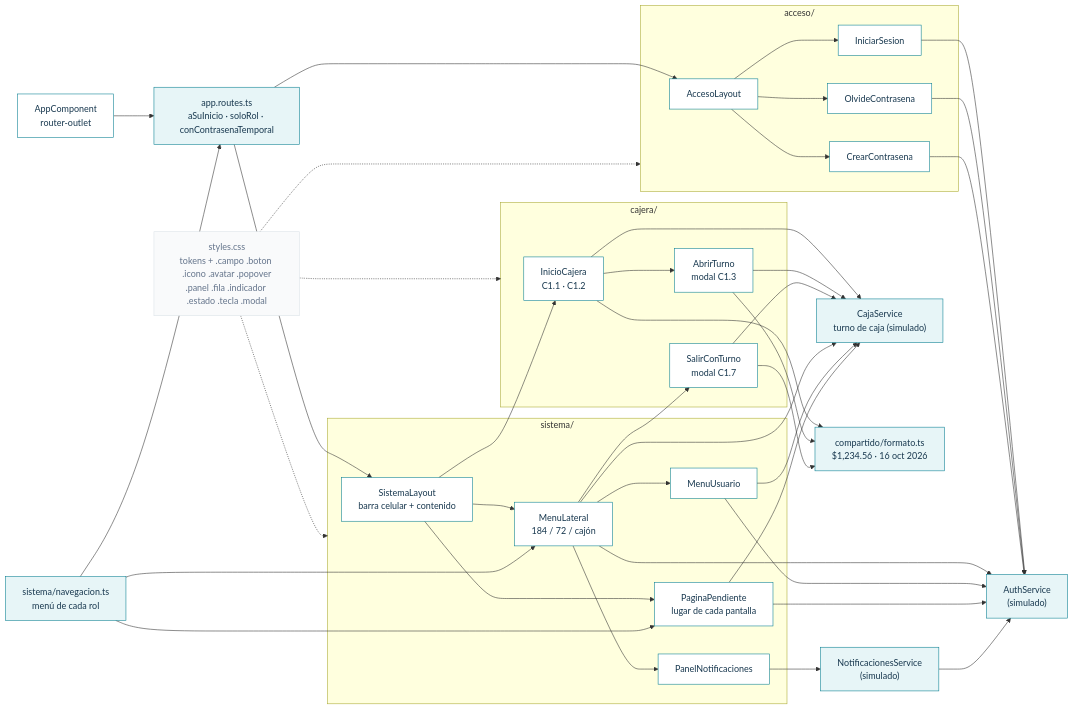
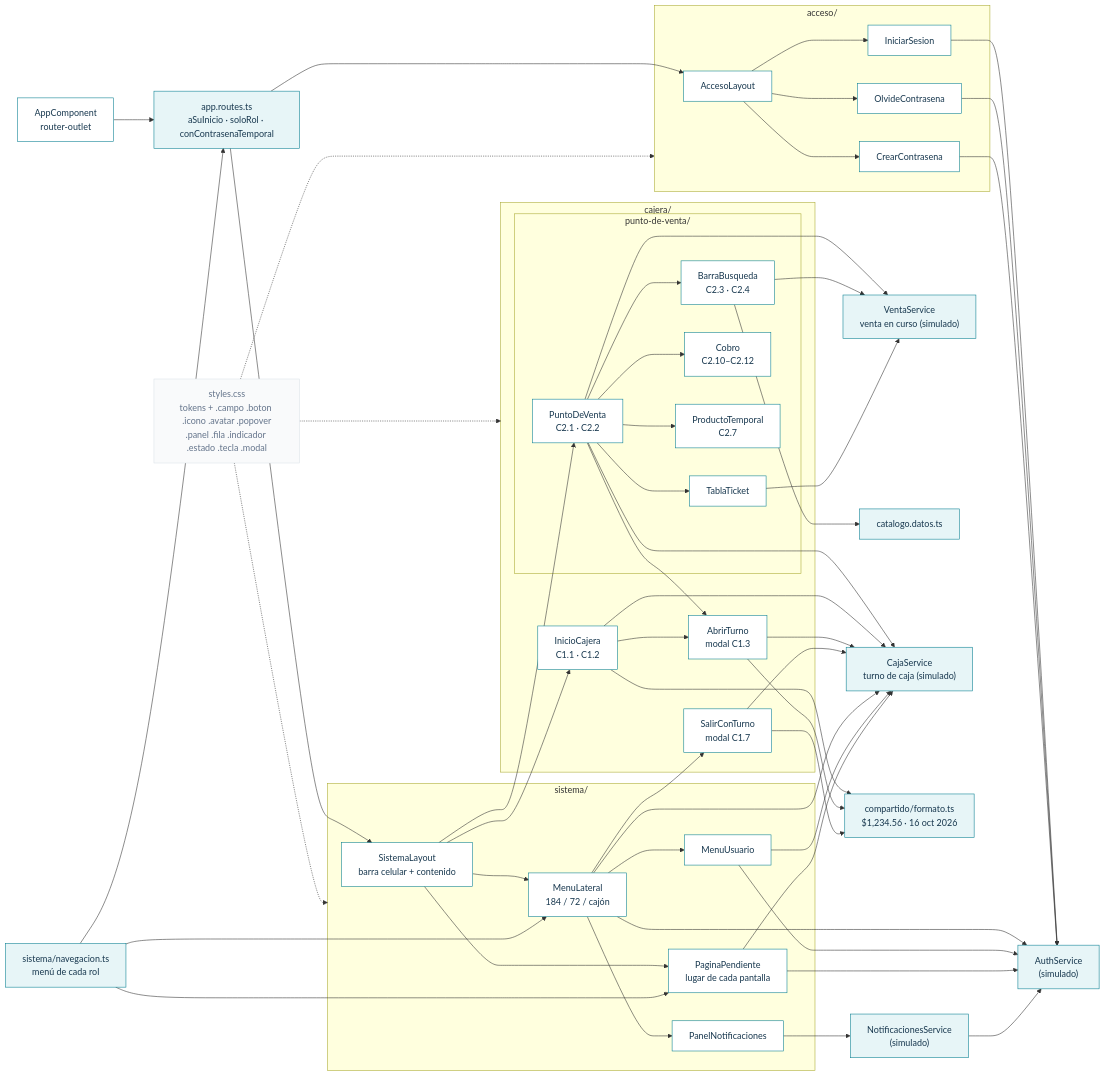
The third of 3 diagrams in frontend/BITACORA.md (dianaaochoa/SHURI-Sistema-Gestion), drawn with Mermaid before and after one commit. The commit also changed other lines of this file, not shown here.

Commit message:
docs(frontend): bitácora y grafos con el punto de venta (C2 fase 1)

````diff
--- a/frontend/BITACORA.md
+++ b/frontend/BITACORA.md
@@ -99,50 +104,63 @@
 ```mermaid
 flowchart LR
   classDef comp fill:#ffffff,stroke:#087f91,color:#17374e
   classDef serv fill:#e7f5f7,stroke:#087f91,color:#17374e
   classDef css fill:#f9fafb,stroke:#dce2e8,color:#64748b
 
   APP["AppComponent<br/>router-outlet"]:::comp
   RUT["app.routes.ts<br/>aSuInicio · soloRol · conContrasenaTemporal"]:::serv
   NAV["sistema/navegacion.ts<br/>menú de cada rol"]:::serv
 
   subgraph ACCESO["acceso/"]
     LAY["AccesoLayout"]:::comp
     IS["IniciarSesion"]:::comp
     OC["OlvideContrasena"]:::comp
     CC["CrearContrasena"]:::comp
   end
 
   subgraph SISTEMA["sistema/"]
     SL["SistemaLayout<br/>barra celular + contenido"]:::comp
     ML["MenuLateral<br/>184 / 72 / cajón"]:::comp
     MU["MenuUsuario"]:::comp
     PN["PanelNotificaciones"]:::comp
     PP["PaginaPendiente<br/>lugar de cada pantalla"]:::comp
   end
 
   subgraph CAJERA["cajera/"]
     IC["InicioCajera<br/>C1.1 · C1.2"]:::comp
     AT["AbrirTurno<br/>modal C1.3"]:::comp
     ST["SalirConTurno<br/>modal C1.7"]:::comp
+    subgraph PDVG["punto-de-venta/"]
+      PDV["PuntoDeVenta<br/>C2.1 · C2.2"]:::comp
+      BB["BarraBusqueda<br/>C2.3 · C2.4"]:::comp
+      TT["TablaTicket"]:::comp
+      CB["Cobro<br/>C2.10–C2.12"]:::comp
+      PT["ProductoTemporal<br/>C2.7"]:::comp
+    end
   end
+  VS["VentaService<br/>venta en curso (simulado)"]:::serv
+  CAT["catalogo.datos.ts"]:::serv
 
   AUTH["AuthService<br/>(simulado)"]:::serv
   NOTS["NotificacionesService<br/>(simulado)"]:::serv
   CAJA["CajaService<br/>turno de caja (simulado)"]:::serv
   FMT["compartido/formato.ts<br/>$1,234.56 · 16 oct 2026"]:::serv
   GLB["styles.css<br/>tokens + .campo .boton .icono .avatar .popover<br/>.panel .fila .indicador .estado .tecla .modal"]:::css
 
   APP --> RUT
   RUT --> LAY --> IS & OC & CC
   RUT --> SL --> ML --> MU & PN
   ML --> ST
-  SL --> PP & IC
+  SL --> PP & IC & PDV
   IC --> AT
+  PDV --> BB & TT & CB & PT & AT
+  PDV & BB & TT --> VS
+  BB --> CAT
+  PDV --> CAJA
   NAV --> RUT & ML & PP
   IS & OC & CC & ML & MU & PP --> AUTH
   PN --> NOTS --> AUTH
   IC & AT & ST & ML & MU & PP --> CAJA
   IC & AT & ST --> FMT
   GLB -.-> ACCESO & SISTEMA & CAJERA
 ```
````
